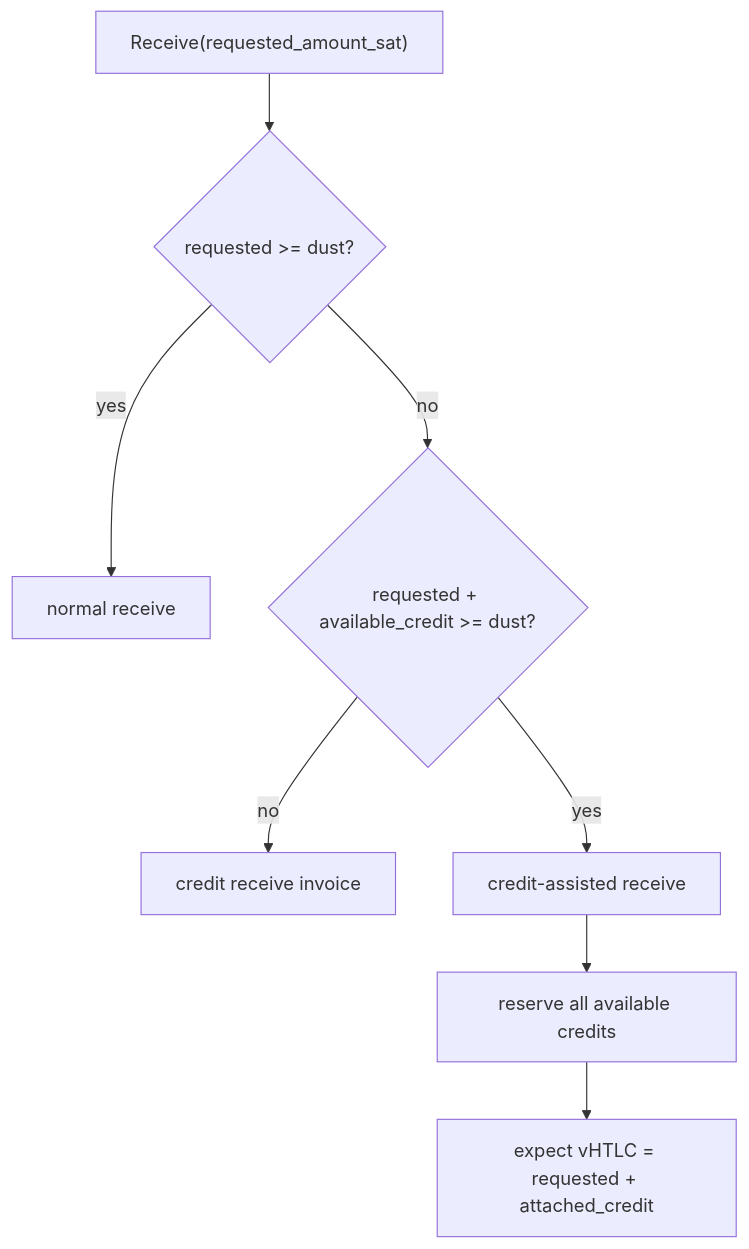
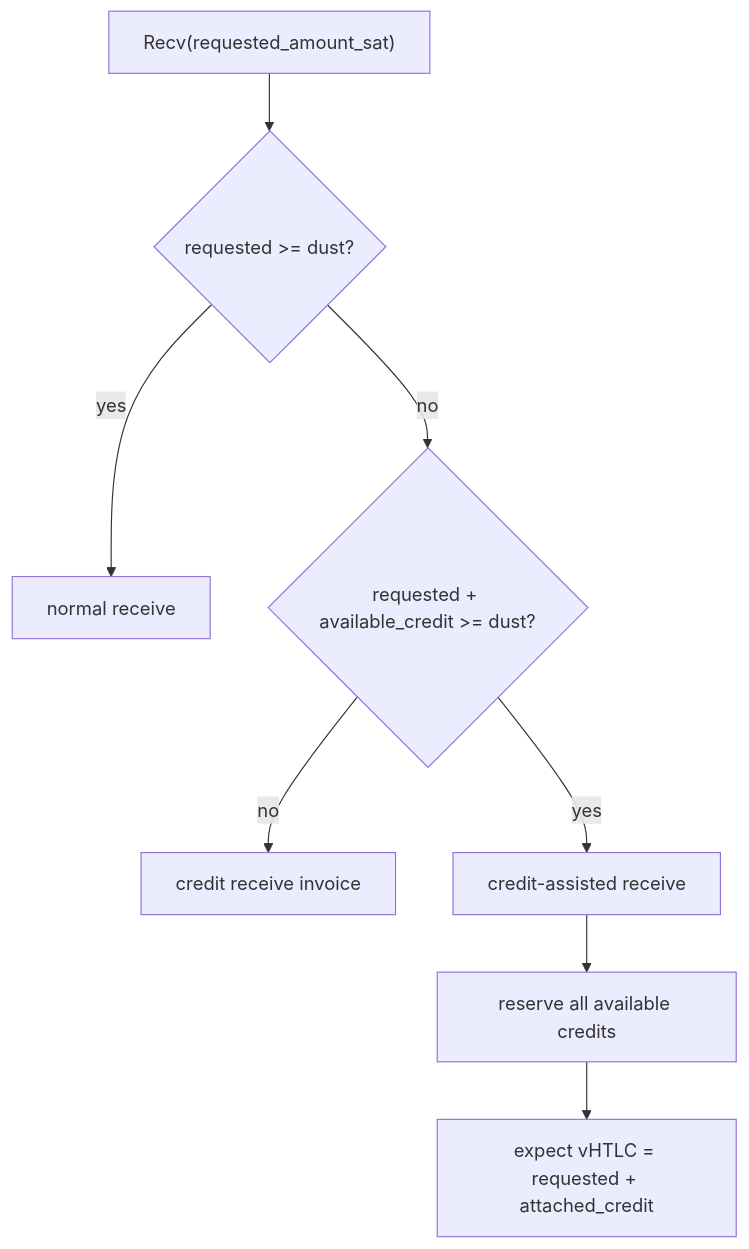
One commit to lightninglabs/wavelength changed the third of 7 diagrams in docs/credit_system.md. Above: the diagram before and after it, drawn with Mermaid. The commit also changed other lines of this file and 23 other files, not shown here.

````diff
--- a/docs/credit_system.md
+++ b/docs/credit_system.md
@@ -101,10 +102,10 @@
 ```mermaid
 flowchart TD
-    A["Receive(requested_amount_sat)"] --> B{"requested >= dust?"}
+    A["Recv(requested_amount_sat)"] --> B{"requested >= dust?"}
     B -->|"yes"| N["normal receive"]
     B -->|"no"| C{"requested + available_credit >= dust?"}
     C -->|"no"| R["credit receive invoice"]
     C -->|"yes"| M["credit-assisted receive"]
     M --> V["reserve all available credits"]
     V --> H["expect vHTLC = requested + attached_credit"]
 ```
````
